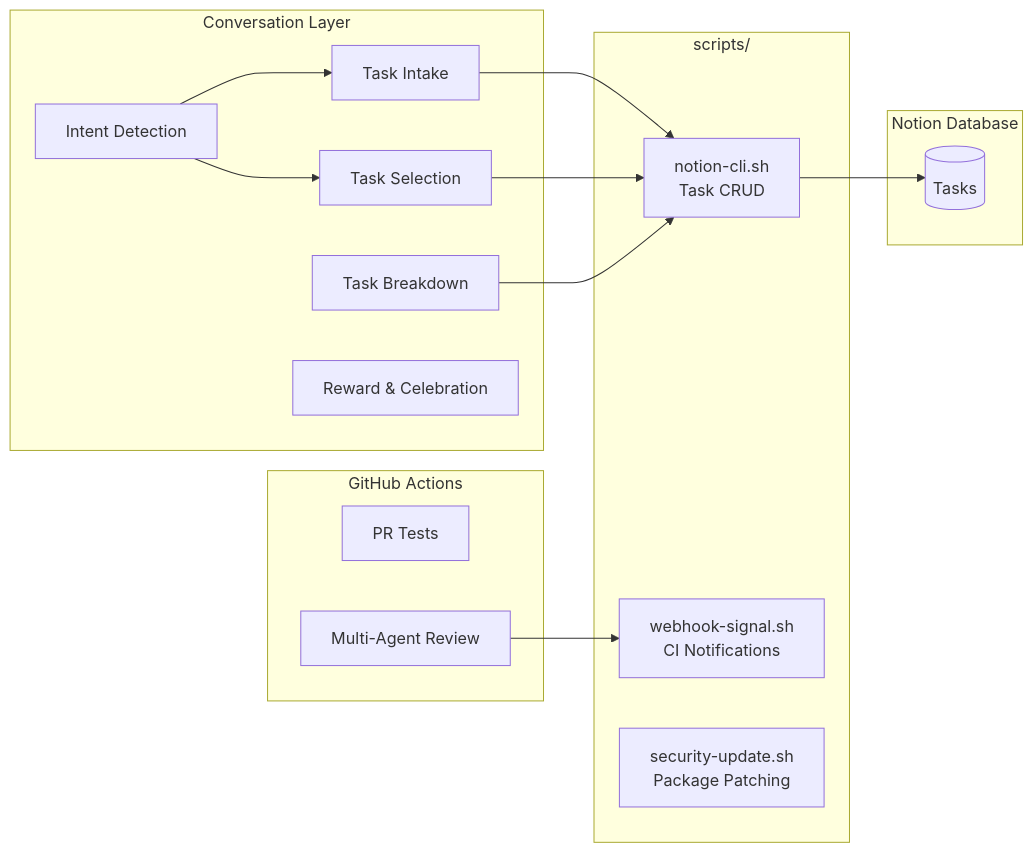
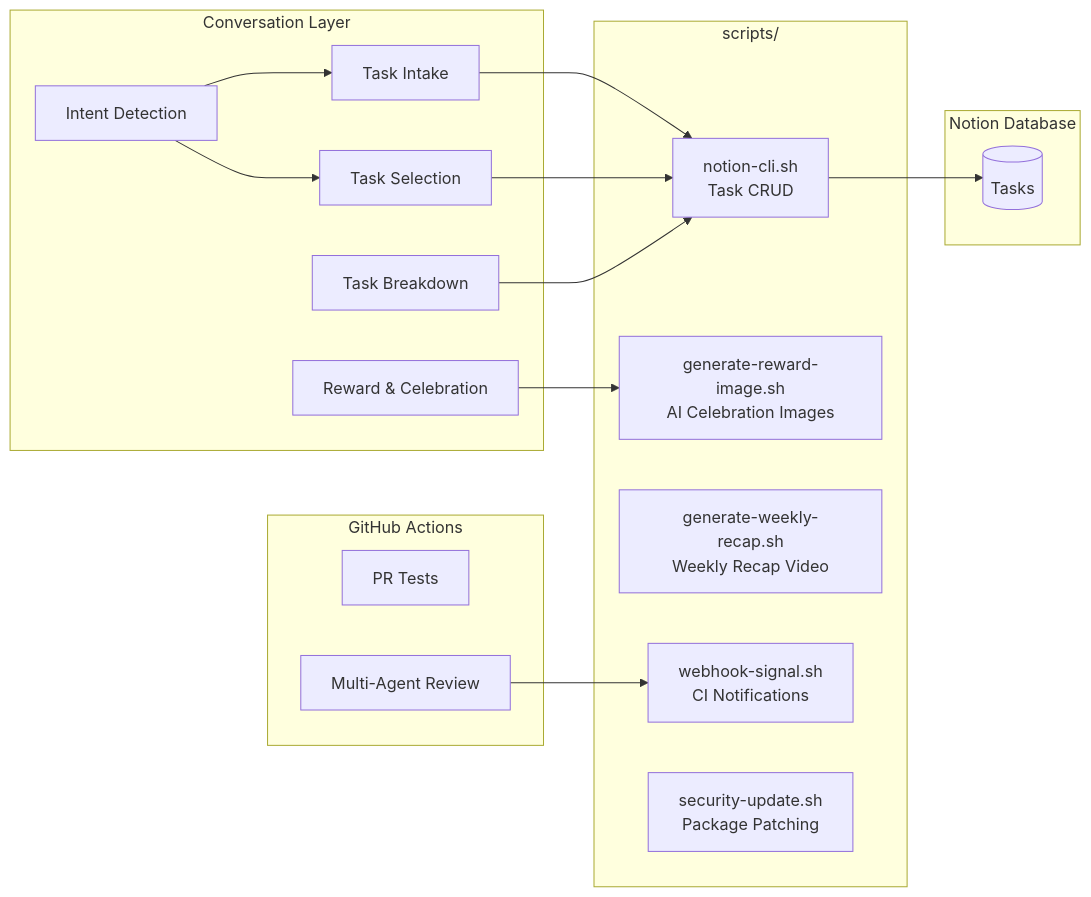
One commit to NickBorgersProbably/hide-my-list changed the second of 5 diagrams in docs/architecture.md. Above: the diagram before and after it, drawn with Mermaid. The commit also changed other lines of this file and 2 other files, not shown here.

````diff
--- a/docs/architecture.md
+++ b/docs/architecture.md
@@ -54,33 +55,36 @@
 ```mermaid
 flowchart LR
     subgraph Prompts["Conversation Layer"]
         Intent[Intent Detection]
         Intake[Task Intake]
         Selection[Task Selection]
         Breakdown[Task Breakdown]
         Reward[Reward & Celebration]
     end
 
     subgraph Scripts["scripts/"]
         NotionCLI[notion-cli.sh<br/>Task CRUD]
+        RewardImg[generate-reward-image.sh<br/>AI Celebration Images]
+        RecapVid[generate-weekly-recap.sh<br/>Weekly Recap Video]
         WebhookSig[webhook-signal.sh<br/>CI Notifications]
         SecUpdate[security-update.sh<br/>Package Patching]
     end
 
     subgraph Storage["Notion Database"]
         Tasks[(Tasks)]
     end
 
     subgraph CI["GitHub Actions"]
         PRTests[PR Tests]
         Review[Multi-Agent Review]
     end
 
     Intent --> Intake
     Intent --> Selection
     Intake --> NotionCLI
     Selection --> NotionCLI
     NotionCLI --> Tasks
     Breakdown --> NotionCLI
+    Reward --> RewardImg
     Review --> WebhookSig
 ```
````
